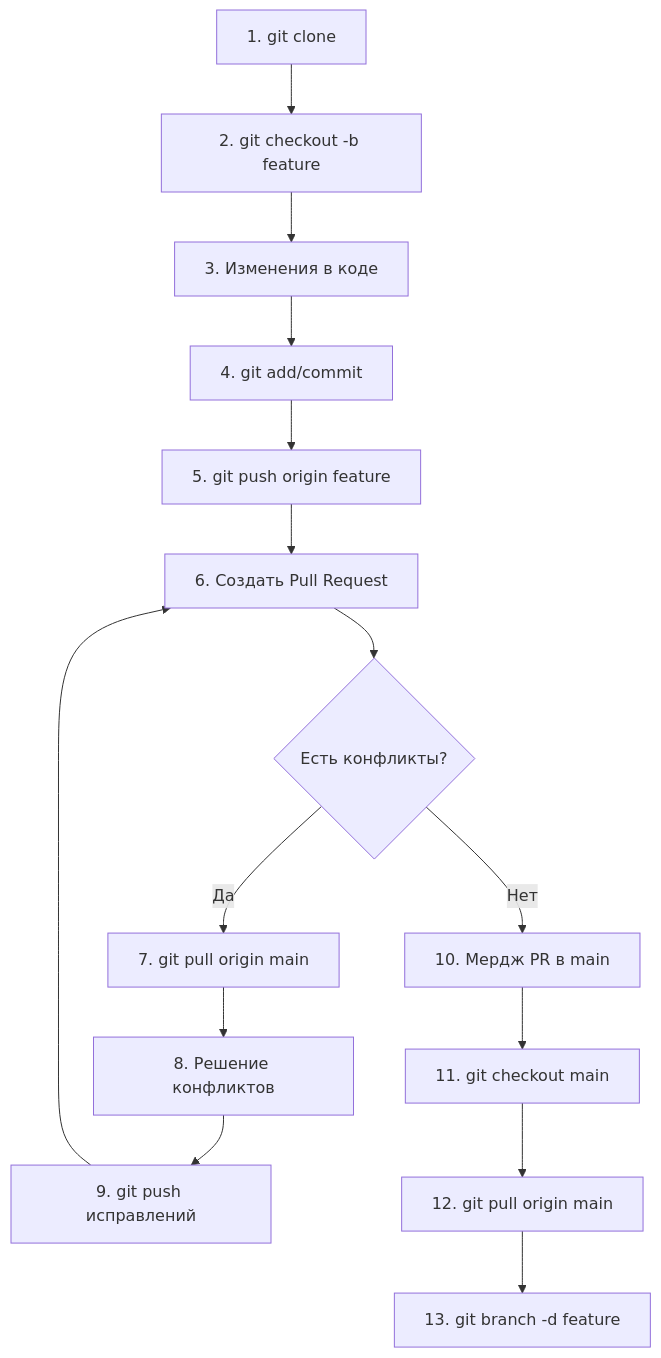
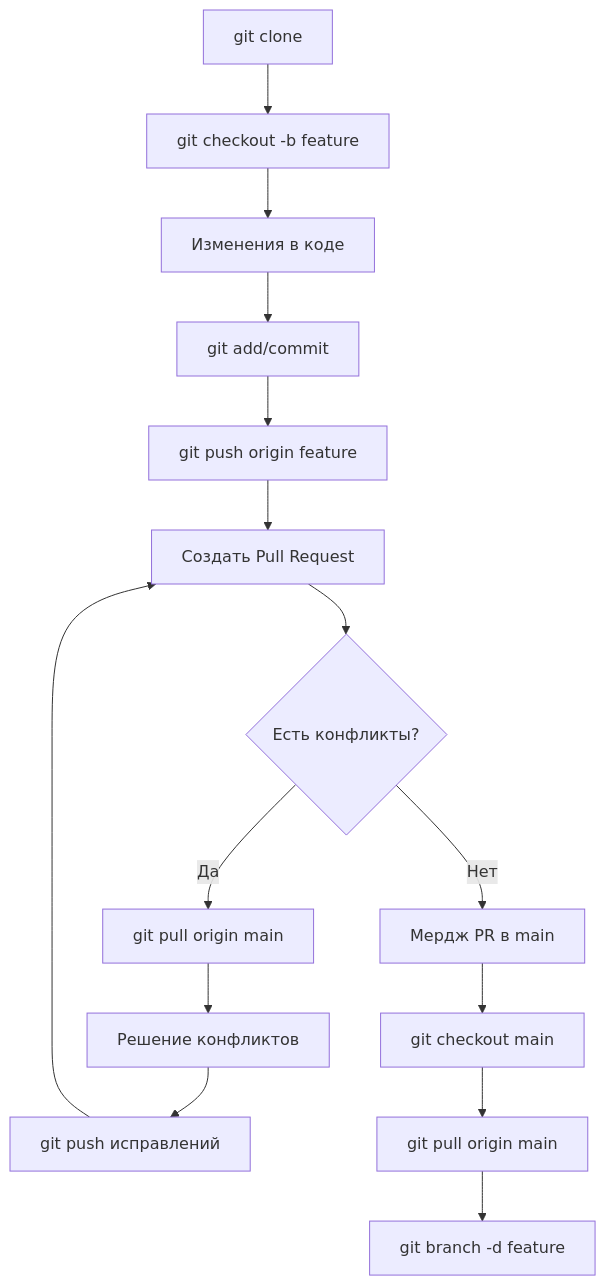
One commit to MaxainNN/Liga_internship changed the second of 2 diagrams in descriptions/git_tutorial.md. Above: the diagram before and after it, drawn with Mermaid. The commit also changed 5 other files, not shown here.

````diff
--- a/descriptions/git_tutorial.md
+++ b/descriptions/git_tutorial.md
@@ -73,17 +73,17 @@
 ```mermaid
 graph TD
-    A["1. git clone"] --> B["2. git checkout -b feature"]
-    B --> C["3. Изменения в коде"]
-    C --> D["4. git add/commit"]
-    D --> E["5. git push origin feature"]
-    E --> F["6. Создать Pull Request"]
+    A["git clone"] --> B["git checkout -b feature"]
+    B --> C["Изменения в коде"]
+    C --> D["git add/commit"]
+    D --> E["git push origin feature"]
+    E --> F["Создать Pull Request"]
     F --> G{"Есть конфликты?"}
-    G -- Да --> H["7. git pull origin main"]
-    H --> I["8. Решение конфликтов"]
-    I --> J["9. git push исправлений"]
+    G -- Да --> H["git pull origin main"]
+    H --> I["Решение конфликтов"]
+    I --> J["git push исправлений"]
     J --> F
-    G -- Нет --> K["10. Мердж PR в main"]
-    K --> L["11. git checkout main"]
-    L --> M["12. git pull origin main"]
-    M --> N["13. git branch -d feature"]
+    G -- Нет --> K["Мердж PR в main"]
+    K --> L["git checkout main"]
+    L --> M["git pull origin main"]
+    M --> N["git branch -d feature"]
 ```
````
